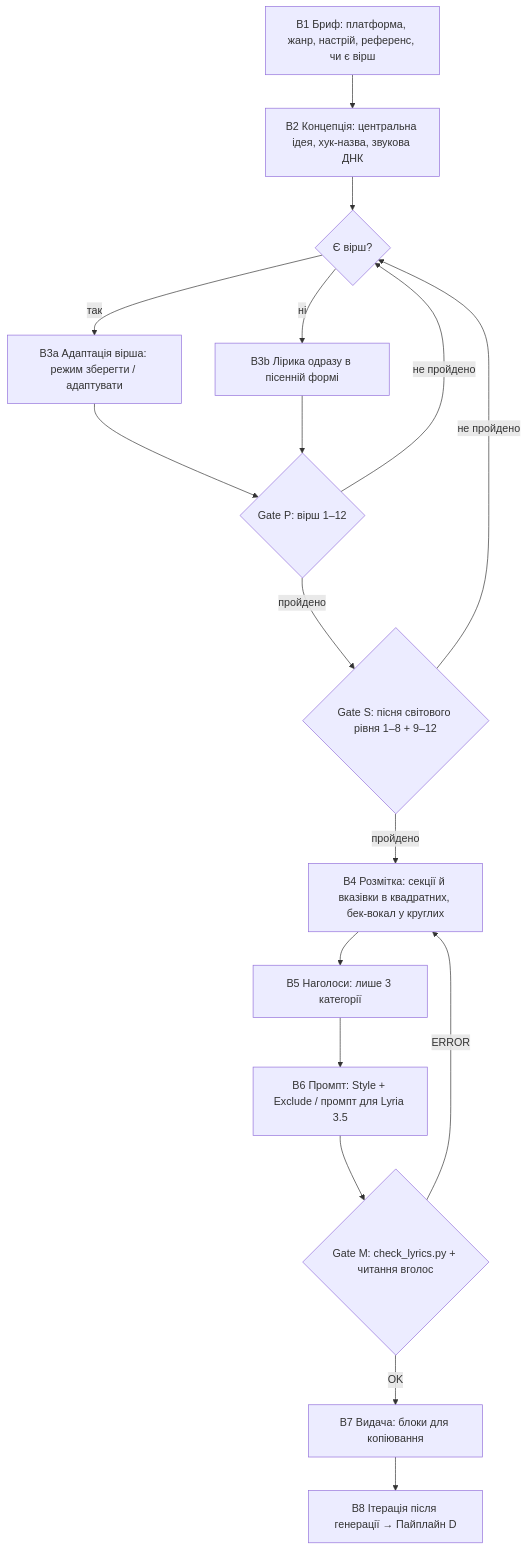
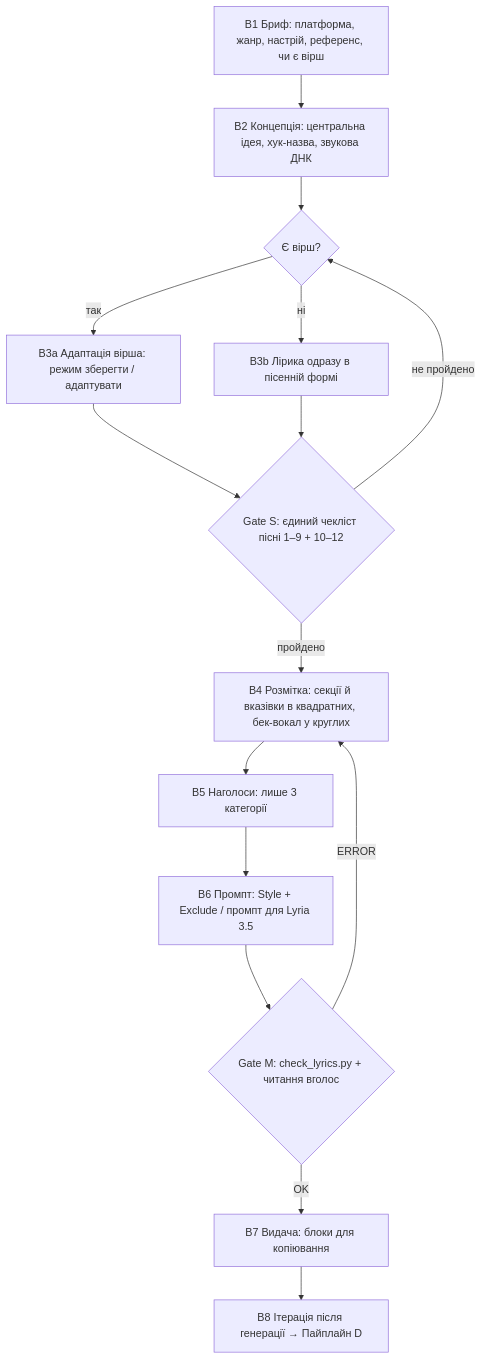
Before and after one commit to sm9sh/poetry-skill: the fourth of 4 diagrams in docs/PIPELINE.md, drawn with Mermaid. The commit also changed other lines of this file and 18 other files, not shown here.

````diff
--- a/docs/PIPELINE.md
+++ b/docs/PIPELINE.md
@@ -110,19 +110,17 @@
 ```mermaid
 flowchart TD
     B1[B1 Бриф: платформа, жанр, настрій, референс, чи є вірш] --> B2[B2 Концепція: центральна ідея, хук-назва, звукова ДНК]
     B2 --> B3{Є вірш?}
     B3 -->|так| B3a[B3a Адаптація вірша: режим зберегти / адаптувати]
     B3 -->|ні| B3b[B3b Лірика одразу в пісенній формі]
-    B3a --> G2{Gate P: вірш 1–12}
-    B3b --> G2
-    G2 -->|не пройдено| B3
-    G2 -->|пройдено| G3{Gate S: пісня світового рівня 1–8 + 9–12}
+    B3a --> G3{Gate S: єдиний чекліст пісні 1–9 + 10–12}
+    B3b --> G3
     G3 -->|не пройдено| B3
     G3 -->|пройдено| B4[B4 Розмітка: секції й вказівки в квадратних, бек-вокал у круглих]
     B4 --> B5[B5 Наголоси: лише 3 категорії]
     B5 --> B6[B6 Промпт: Style + Exclude / промпт для Lyria 3.5]
     B6 --> G4{Gate M: check_lyrics.py + читання вголос}
     G4 -->|ERROR| B4
     G4 -->|OK| B7[B7 Видача: блоки для копіювання]
     B7 --> B8[B8 Ітерація після генерації → Пайплайн D]
 ```
````
